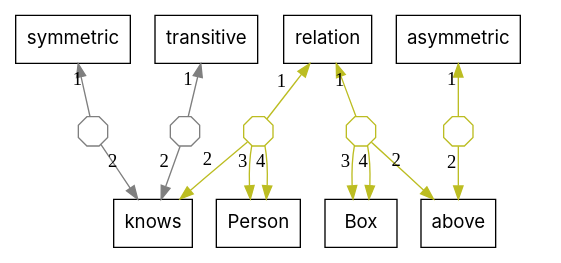
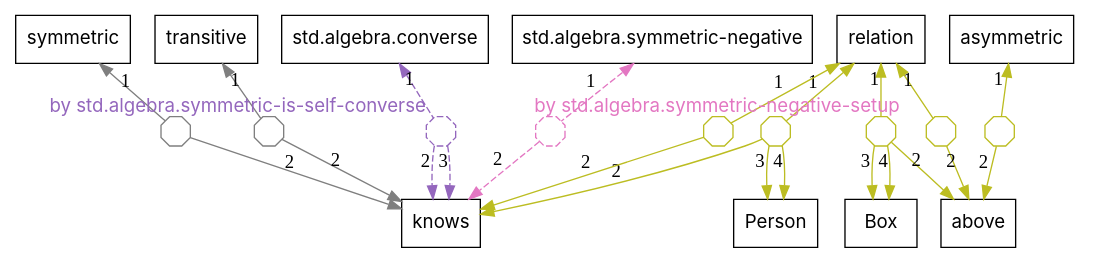
Before and after one commit to agutikov/ein: the diagram in docs/ein/user/03-syntax-and-semantics/diagrams/07-constraints-view.dot, drawn with Graphviz. The commit also changed 50 other files, not shown here.

```diff
--- a/docs/ein/user/03-syntax-and-semantics/diagrams/07-constraints-view.dot
+++ b/docs/ein/user/03-syntax-and-semantics/diagrams/07-constraints-view.dot
@@ -1,32 +1,45 @@
 digraph constraints {
   rankdir=TB;
+  ranksep=0.55;
   node [fontname="Inter", shape=box];
-  ranksep=0.55;
   f_ecefbc34bf [shape=octagon, label="", width=0.3, height=0.3, fixedsize=true, color="#bcbd22", fontcolor="#bcbd22", style=solid];
   "relation" -> f_ecefbc34bf [xlabel="1", dir=back, color="#bcbd22", style=solid];
   f_ecefbc34bf -> "knows" [xlabel="2", color="#bcbd22", style=solid];
   f_ecefbc34bf -> "Person" [xlabel="3", color="#bcbd22", style=solid];
   f_ecefbc34bf -> "Person" [xlabel="4", color="#bcbd22", style=solid];
+  f_fccc388ce9 [shape=octagon, label="", width=0.3, height=0.3, fixedsize=true, color="#bcbd22", fontcolor="#bcbd22", style=solid];
+  "relation" -> f_fccc388ce9 [xlabel="1", dir=back, color="#bcbd22", style=solid];
+  f_fccc388ce9 -> "knows" [xlabel="2", color="#bcbd22", style=solid];
   f_bff1f00bd5 [shape=octagon, label="", width=0.3, height=0.3, fixedsize=true, color="#bcbd22", fontcolor="#bcbd22", style=solid];
   "relation" -> f_bff1f00bd5 [xlabel="1", dir=back, color="#bcbd22", style=solid];
   f_bff1f00bd5 -> "above" [xlabel="2", color="#bcbd22", style=solid];
   f_bff1f00bd5 -> "Box" [xlabel="3", color="#bcbd22", style=solid];
   f_bff1f00bd5 -> "Box" [xlabel="4", color="#bcbd22", style=solid];
+  f_c803b32d62 [shape=octagon, label="", width=0.3, height=0.3, fixedsize=true, color="#bcbd22", fontcolor="#bcbd22", style=solid];
+  "relation" -> f_c803b32d62 [xlabel="1", dir=back, color="#bcbd22", style=solid];
+  f_c803b32d62 -> "above" [xlabel="2", color="#bcbd22", style=solid];
   f_ede3ba861c [shape=octagon, label="", width=0.3, height=0.3, fixedsize=true, color="#7f7f7f", fontcolor="#7f7f7f", style=solid];
   "symmetric" -> f_ede3ba861c [xlabel="1", dir=back, color="#7f7f7f", style=solid];
   f_ede3ba861c -> "knows" [xlabel="2", color="#7f7f7f", style=solid];
   f_e45906203b [shape=octagon, label="", width=0.3, height=0.3, fixedsize=true, color="#7f7f7f", fontcolor="#7f7f7f", style=solid];
   "transitive" -> f_e45906203b [xlabel="1", dir=back, color="#7f7f7f", style=solid];
   f_e45906203b -> "knows" [xlabel="2", color="#7f7f7f", style=solid];
   f_52b898a1d3 [shape=octagon, label="", width=0.3, height=0.3, fixedsize=true, color="#bcbd22", fontcolor="#bcbd22", style=solid];
   "asymmetric" -> f_52b898a1d3 [xlabel="1", dir=back, color="#bcbd22", style=solid];
   f_52b898a1d3 -> "above" [xlabel="2", color="#bcbd22", style=solid];
+  f_f146176ad1 [shape=octagon, label="", width=0.3, height=0.3, fixedsize=true, color="#9467bd", fontcolor="#9467bd", style=dashed, xlabel="by std.algebra.symmetric-is-self-converse"];
+  "std.algebra.converse" -> f_f146176ad1 [xlabel="1", dir=back, color="#9467bd", style=dashed];
+  f_f146176ad1 -> "knows" [xlabel="2", color="#9467bd", style=dashed];
+  f_f146176ad1 -> "knows" [xlabel="3", color="#9467bd", style=dashed];
+  f_87582abd0f [shape=octagon, label="", width=0.3, height=0.3, fixedsize=true, color="#e377c2", fontcolor="#e377c2", style=dashed, xlabel="by std.algebra.symmetric-negative-setup"];
+  "std.algebra.symmetric-negative" -> f_87582abd0f [xlabel="1", dir=back, color="#e377c2", style=dashed];
+  f_87582abd0f -> "knows" [xlabel="2", color="#e377c2", style=dashed];
   "layer 0" [style=invis, label="", width=0, height=0, fixedsize=true];
   "layer 1" [style=invis, label="", width=0, height=0, fixedsize=true];
   "layer 2" [style=invis, label="", width=0, height=0, fixedsize=true];
   "layer 0" -> "layer 1" [style=invis];
   "layer 1" -> "layer 2" [style=invis];
-  { rank=same; "layer 0"; "relation"; "symmetric"; "transitive"; "asymmetric"; }
-  { rank=same; "layer 1"; f_ecefbc34bf; f_bff1f00bd5; f_ede3ba861c; f_e45906203b; f_52b898a1d3; }
+  { rank=same; "layer 0"; "relation"; "symmetric"; "transitive"; "asymmetric"; "std.algebra.converse"; "std.algebra.symmetric-negative"; }
+  { rank=same; "layer 1"; f_ecefbc34bf; f_fccc388ce9; f_bff1f00bd5; f_c803b32d62; f_ede3ba861c; f_e45906203b; f_52b898a1d3; f_f146176ad1; f_87582abd0f; }
   { rank=same; "layer 2"; "knows"; "Person"; "above"; "Box"; }
 }
```
